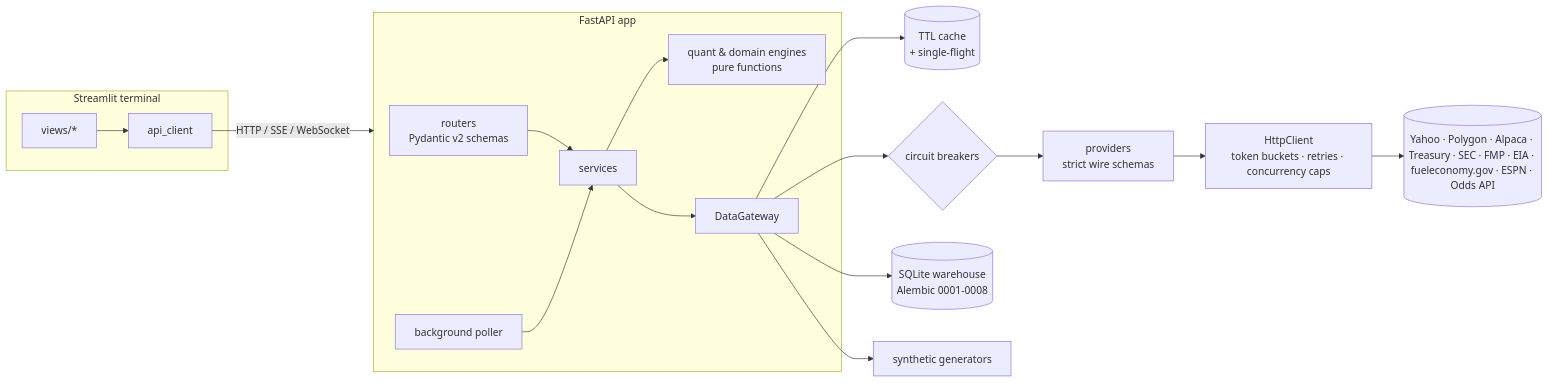
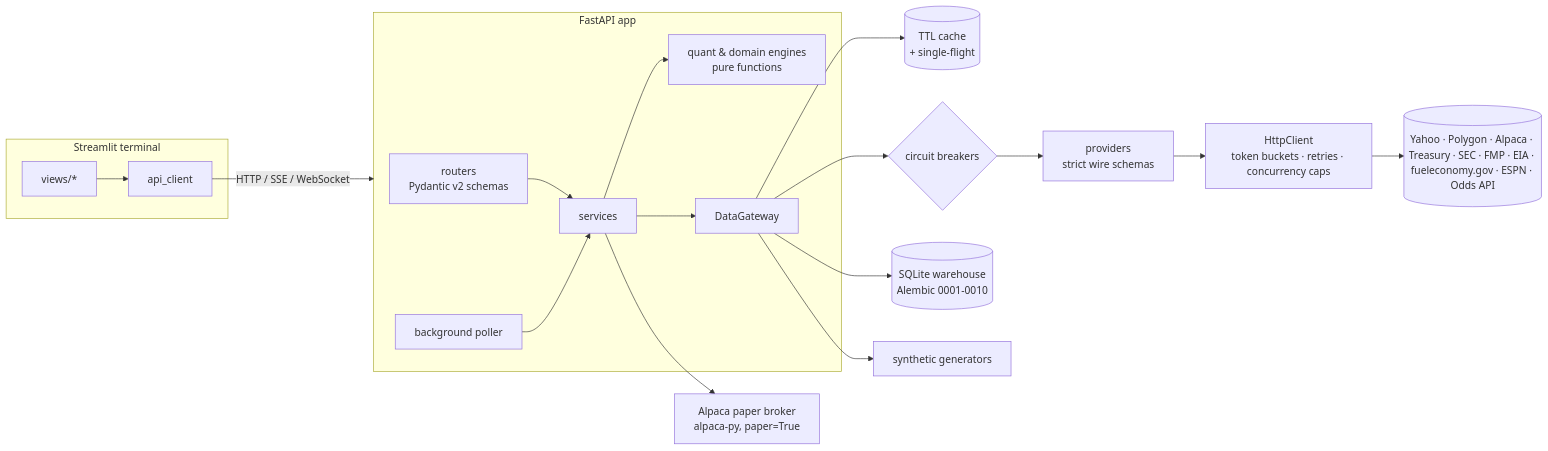
The diagram in README.md (kasmdkasdsad/Finance), drawn with Mermaid before and after one commit. The commit also changed other lines of this file and 45 other files, not shown here.

First line of the commit message:
Automate trading of the Alpaca paper account (dry run by default)

````diff
--- a/README.md
+++ b/README.md
@@ -89,20 +107,21 @@
 ```mermaid
 flowchart LR
     subgraph UI[Streamlit terminal]
         V[views/*] --> C[api_client]
     end
     C -- HTTP / SSE / WebSocket --> API
     subgraph API[FastAPI app]
         R[routers<br/>Pydantic v2 schemas] --> S[services]
         S --> Q[quant & domain engines<br/>pure functions]
         S --> G[DataGateway]
         P[background poller] --> S
     end
     G --> CACHE[(TTL cache<br/>+ single-flight)]
     G --> CB{circuit breakers}
     CB --> PR[providers<br/>strict wire schemas]
     PR --> HTTP[HttpClient<br/>token buckets · retries · concurrency caps]
     HTTP --> EXT[(Yahoo · Polygon · Alpaca · Treasury · SEC · FMP · EIA · fueleconomy.gov · ESPN · Odds API)]
-    G --> WH[(SQLite warehouse<br/>Alembic 0001-0008)]
+    G --> WH[(SQLite warehouse<br/>Alembic 0001-0010)]
+    S --> BRK[Alpaca paper broker<br/>alpaca-py, paper=True]
     G --> SYN[synthetic generators]
 ```
````
